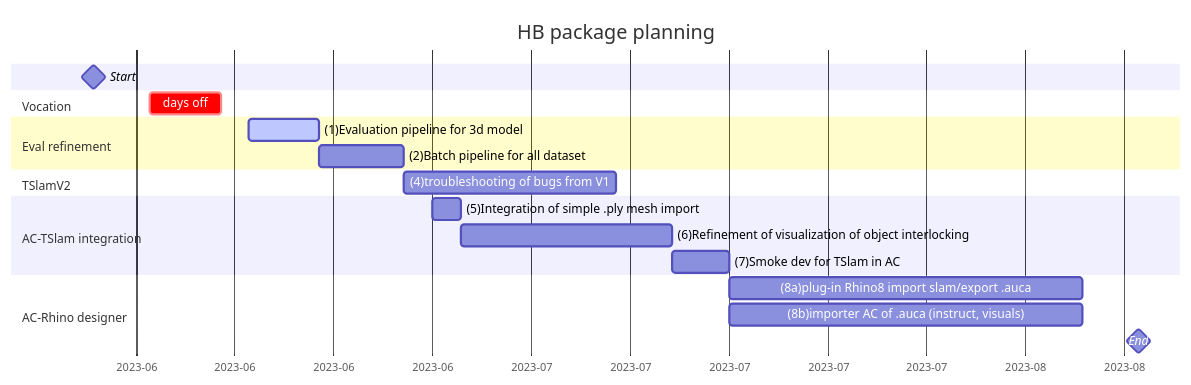
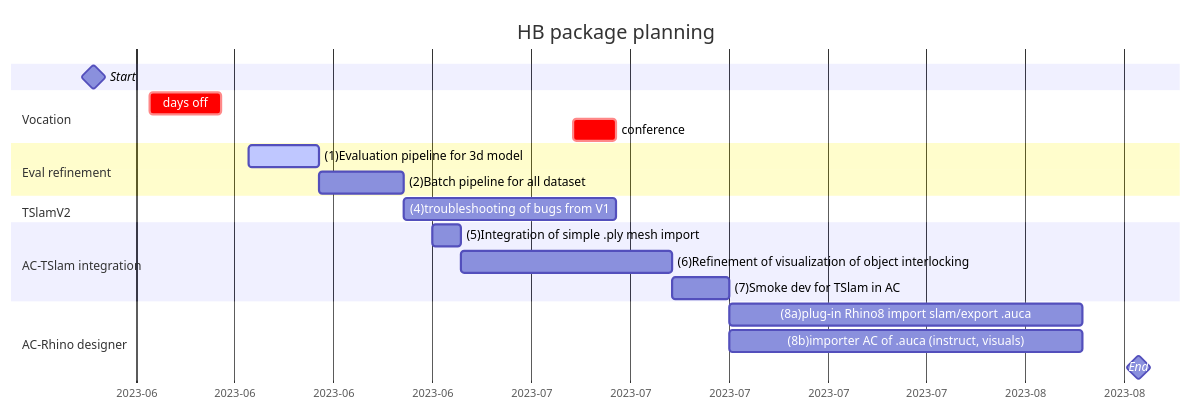
One commit to ibois-epfl/augmented-carpentry changed the second of 2 diagrams in README.md. Above: the diagram before and after it, drawn with Mermaid. The commit also changed other lines of this file, not shown here.

````diff
--- a/README.md
+++ b/README.md
@@ -77,29 +77,30 @@
 ```mermaid
 gantt
     dateFormat  YYYY-MM-DD
     title       HB package planning
     axisFormat %Y-%m
 
     Start                                                  :milestone, 2023-06-01, 0d
 
     section Vocation
     days off                                               :crit, off, 2023-06-05, 5d
+    conference                                             :crit, off, 2023-07-05, 3d
 
     section Eval refinement
     (1)Evaluation pipeline for 3d model                       :active, epf3m, 2023-06-12, 5d
     (2)Batch pipeline for all dataset                         :bpfad, after epf3m, 6d
 
     section TSlamV2
     (4)troubleshooting of bugs from V1                        :domsv2, after bpfad 2023-08-01, 15d
     
     section AC-TSlam integration
     (5)Integration of simple .ply mesh import                 :iomi, 2023-06-25, 2d
     (6)Refinement of visualization of object interlocking     :rovooi, after iomi, 15d
     (7)Smoke dev for TSlam in AC                              :stftia, after rovooi, 4d
 
     section AC-Rhino designer
     (8a)plug-in Rhino8 import slam/export .auca               :pirte, after stftia, 25d
     (8b)importer AC of .auca (instruct, visuals)              :iaoa, after stftia, 25d
 
     End                                                       :milestone, 2023-08-14, 0d
 ```
````
